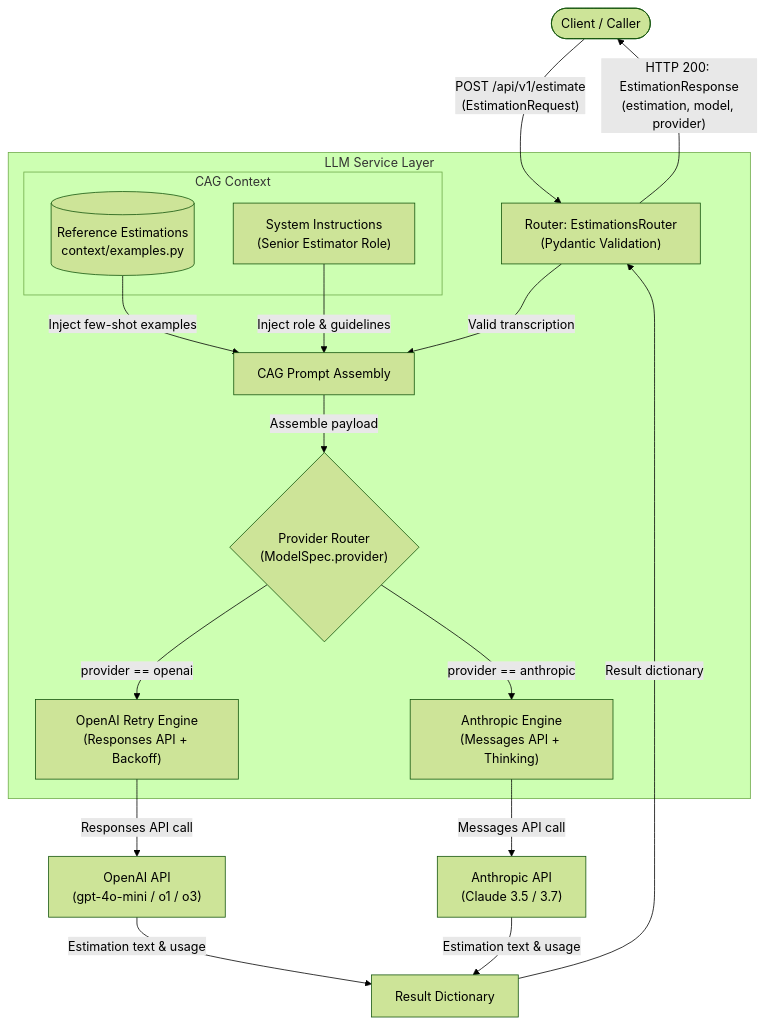
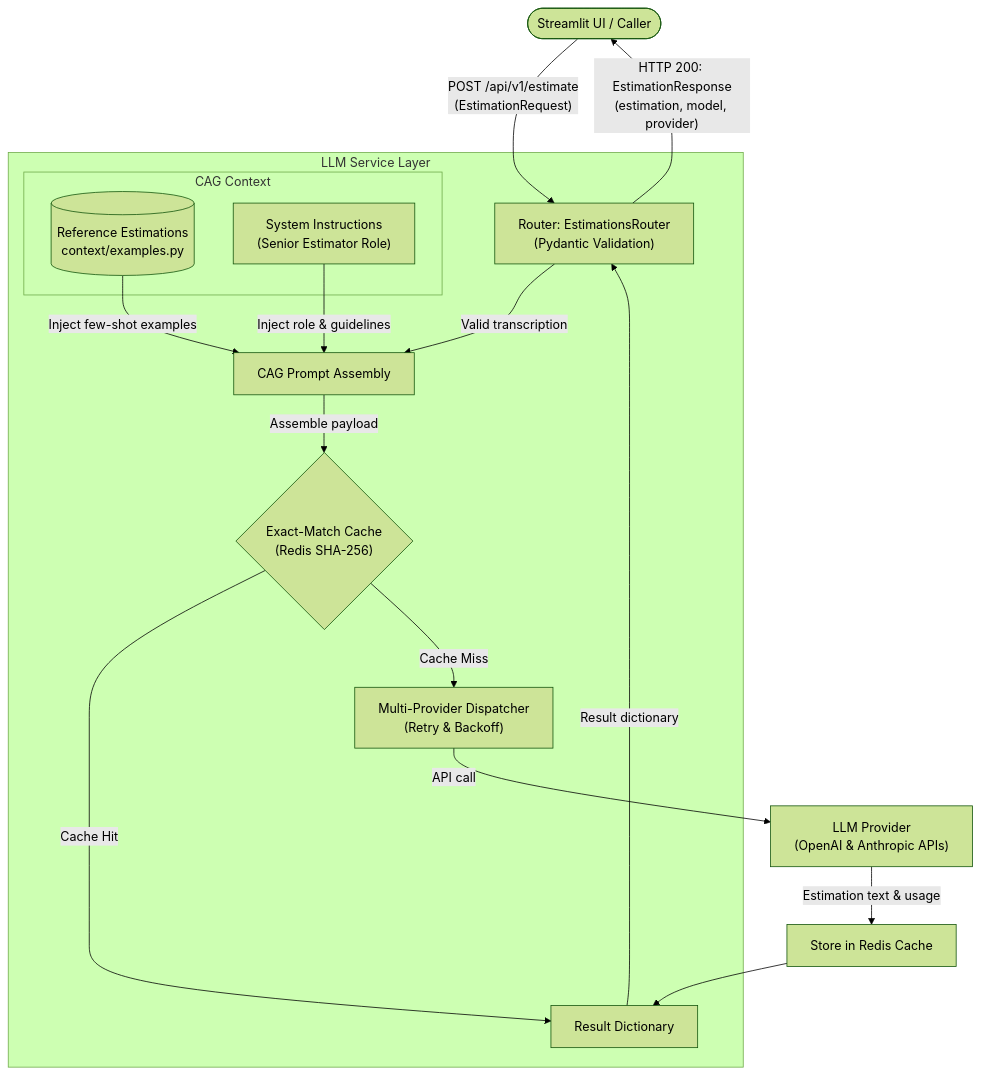
The diagram in README.md (NestorDR/aie-estimator), drawn with Mermaid (forest theme) before and after one commit. The commit also changed other lines of this file and 26 other files, not shown here.

Commit message:
Add Streamlit UI with Redis caching support and update README with instructions

````diff
--- a/README.md
+++ b/README.md
@@ -24,28 +28,28 @@
 ```mermaid
 flowchart TD
-    Client(["Client / Caller"]) -->|"POST /api/v1/estimate\n(EstimationRequest)"| Router["Router: EstimationsRouter\n(Pydantic Validation)"]
+    Client(["Streamlit UI / Caller"]) -->|"POST /api/v1/estimate\n(EstimationRequest)"| Router["Router: EstimationsRouter\n(Pydantic Validation)"]
 
     subgraph ServiceLayer ["LLM Service Layer"]
         Router -->|"Valid transcription"| PromptBuilder["CAG Prompt Assembly"]
 
         subgraph ContextStore ["CAG Context"]
             Examples[("Reference Estimations\ncontext/examples.py")]
             Role["System Instructions\n(Senior Estimator Role)"]
         end
 
         Examples -->|"Inject few-shot examples"| PromptBuilder
         Role -->|"Inject role & guidelines"| PromptBuilder
-        PromptBuilder -->|"Assemble payload"| ProviderRouter{"Provider Router\n(ModelSpec.provider)"}
 
-        ProviderRouter -->|"provider == openai"| RetryEngine["OpenAI Retry Engine\n(Responses API + Backoff)"]
-        ProviderRouter -->|"provider == anthropic"| AnthropicEngine["Anthropic Engine\n(Messages API + Thinking)"]
+        PromptBuilder -->|"Assemble payload"| CacheCheck{"Exact-Match Cache\n(Redis SHA-256)"}
+
+        CacheCheck -->|"Cache Hit"| ServiceOutput["Result Dictionary"]
+        CacheCheck -->|"Cache Miss"| Dispatcher["Multi-Provider Dispatcher\n(Retry & Backoff)"]
     end
 
-    RetryEngine -->|"Responses API call"| OpenAI["OpenAI API\n(gpt-4o-mini / o1 / o3)"]
-    AnthropicEngine -->|"Messages API call"| Anthropic["Anthropic API\n(Claude 3.5 / 3.7)"]
+    Dispatcher -->|"API call"| LLMProvider["LLM Provider\n(OpenAI & Anthropic APIs)"]
+    LLMProvider -->|"Estimation text & usage"| CacheStore["Store in Redis Cache"]
+    CacheStore --> ServiceOutput
 
-    OpenAI -->|"Estimation text & usage"| ServiceOutput["Result Dictionary"]
-    Anthropic -->|"Estimation text & usage"| ServiceOutput
     ServiceOutput -->|"Result dictionary"| Router
     Router -->|"HTTP 200: EstimationResponse\n(estimation, model, provider)"| Client
 ```
````
